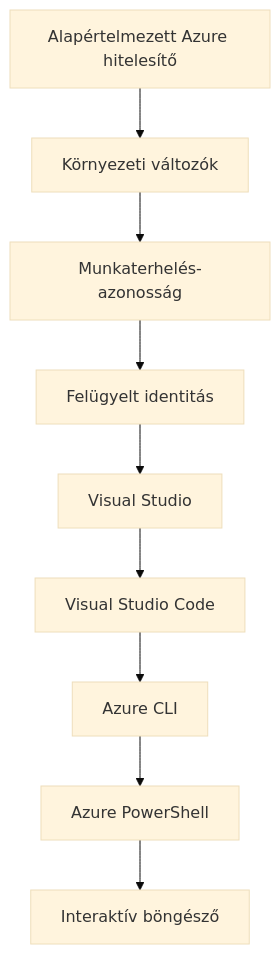
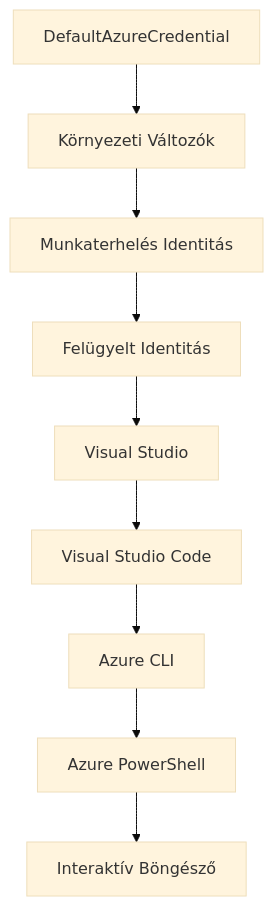
One commit to microsoft/AZD-for-beginners changed the second of 2 diagrams in translations/hu/docs/chapter-01-foundation/azd-basics.md. Above: the diagram before and after it, drawn with Mermaid (base theme). The commit also changed other lines of this file and 101 other files, not shown here.

````diff
--- a/translations/hu/docs/chapter-01-foundation/azd-basics.md
+++ b/translations/hu/docs/chapter-01-foundation/azd-basics.md
@@ -556,11 +593,11 @@
 ```mermaid
 graph TD
-    A[Alapértelmezett Azure hitelesítő] --> B[Környezeti változók]
-    B --> C[Munkaterhelés-azonosság]
-    C --> D[Felügyelt identitás]
+    A[DefaultAzureCredential] --> B[Környezeti Változók]
+    B --> C[Munkaterhelés Identitás]
+    C --> D[Felügyelt Identitás]
     D --> E[Visual Studio]
     E --> F[Visual Studio Code]
     F --> G[Azure CLI]
     G --> H[Azure PowerShell]
-    H --> I[Interaktív böngésző]
+    H --> I[Interaktív Böngésző]
 ```
````
